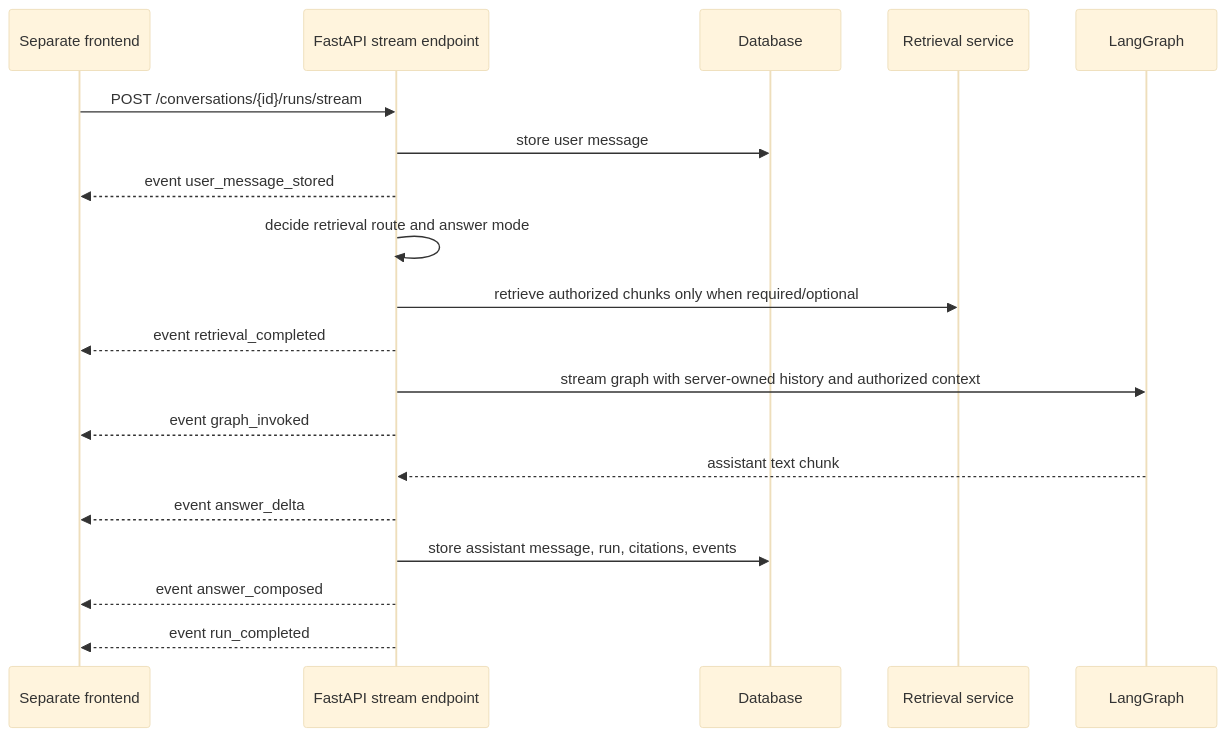
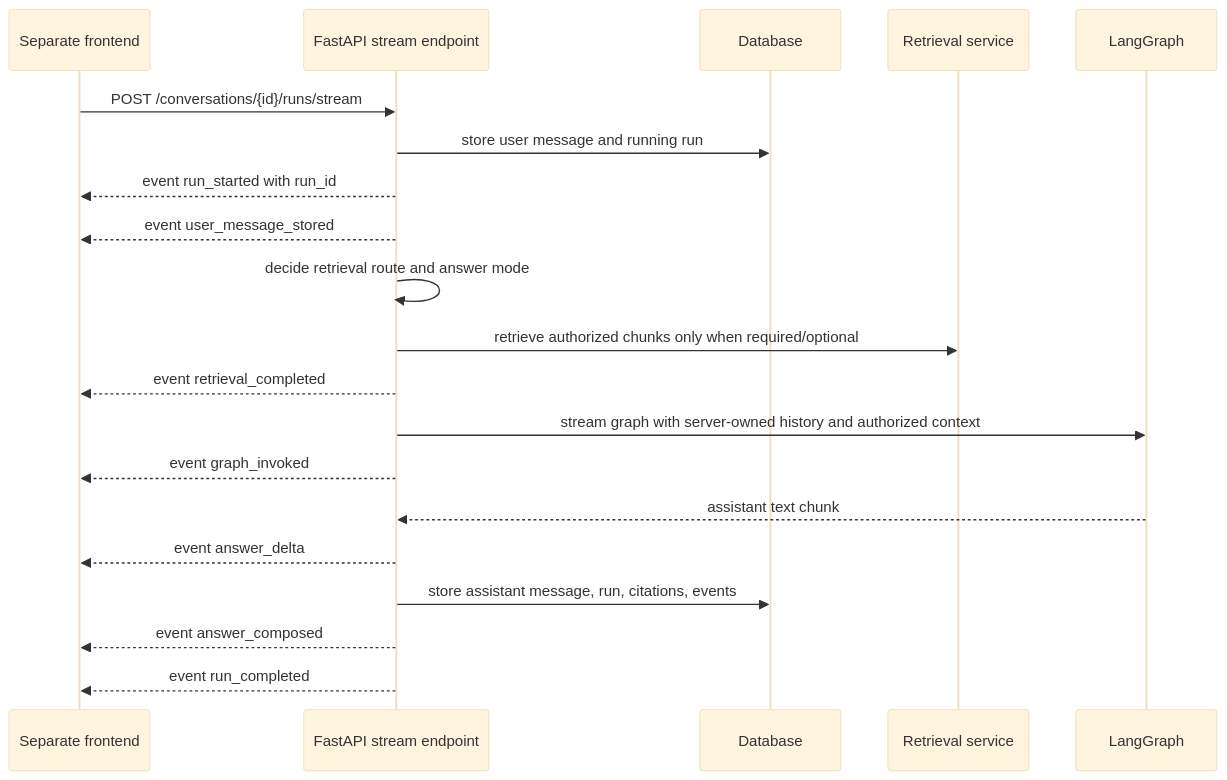
One commit to heecheon92/my-agents changed the diagram in docs/portfolio-chat-service/09-http-streaming-frontend-contract.md. Above: the diagram before and after it, drawn with Mermaid (base theme). The commit also changed other lines of this file and 10 other files, not shown here.

````diff
--- a/docs/portfolio-chat-service/09-http-streaming-frontend-contract.md
+++ b/docs/portfolio-chat-service/09-http-streaming-frontend-contract.md
@@ -41,22 +41,23 @@
 ```mermaid
 sequenceDiagram
     participant UI as Separate frontend
     participant API as FastAPI stream endpoint
     participant DB as Database
     participant R as Retrieval service
     participant G as LangGraph
 
     UI->>API: POST /conversations/{id}/runs/stream
-    API->>DB: store user message
+    API->>DB: store user message and running run
+    API-->>UI: event run_started with run_id
     API-->>UI: event user_message_stored
     API->>API: decide retrieval route and answer mode
     API->>R: retrieve authorized chunks only when required/optional
     API-->>UI: event retrieval_completed
     API->>G: stream graph with server-owned history and authorized context
     API-->>UI: event graph_invoked
     G-->>API: assistant text chunk
     API-->>UI: event answer_delta
     API->>DB: store assistant message, run, citations, events
     API-->>UI: event answer_composed
     API-->>UI: event run_completed
 ```
````
